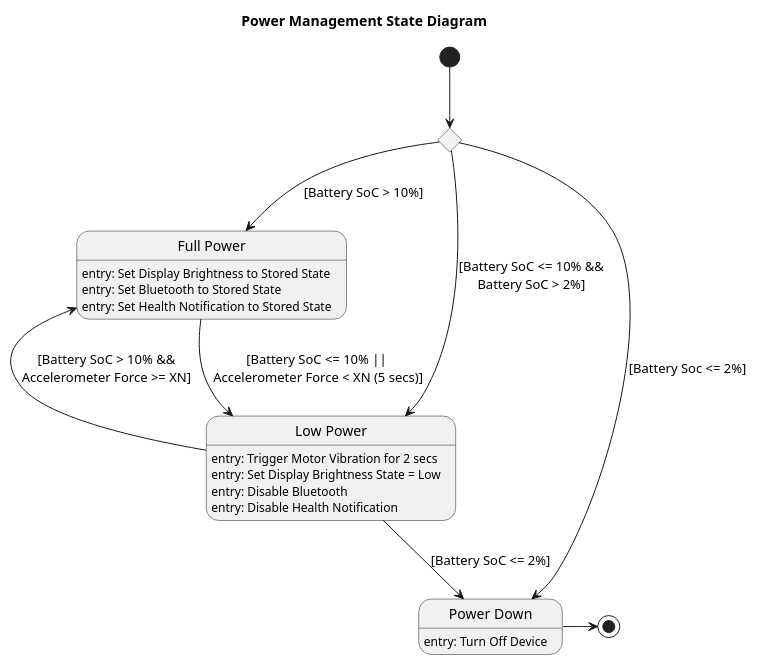
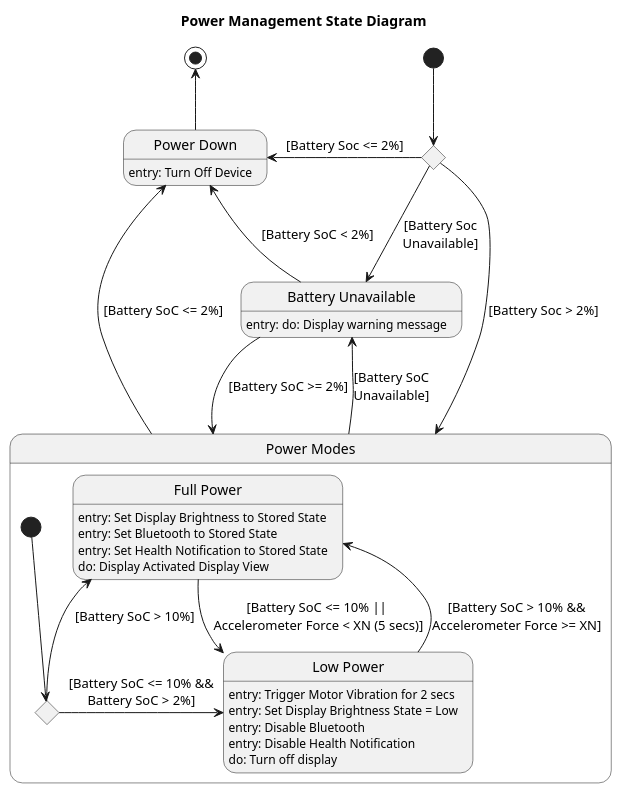
One commit to markroche92/sw-eng-smart-watch changed the diagram in uml/state_diagrams/power_management.plantuml. Above: the diagram before and after it, drawn with PlantUML. The commit also changed 1 other file, not shown here.

Commit message:
Update Power Management

```diff
--- a/uml/state_diagrams/power_management.plantuml
+++ b/uml/state_diagrams/power_management.plantuml
@@ -1,24 +1,41 @@
 @startuml
 
 skinparam shadowing false
 
 title Power Management State Diagram
 
-state "Full Power" as Fp : entry: Set Display Brightness to Stored State\nentry: Set Bluetooth to Stored State\nentry: Set Health Notification to Stored State
-state "Low Power" as Lp : entry: Trigger Motor Vibration for 2 secs\nentry: Set Display Brightness State = Low\nentry: Disable Bluetooth\nentry: Disable Health Notification 
+state "Power Modes" as Pm {
+    state "Full Power" as Fp : entry: Set Display Brightness to Stored State\nentry: Set Bluetooth to Stored State\nentry: Set Health Notification to Stored State\ndo: Display Activated Display View
+    state "Low Power" as Lp : entry: Trigger Motor Vibration for 2 secs\nentry: Set Display Brightness State = Low\nentry: Disable Bluetooth\nentry: Disable Health Notification\ndo: Turn off display
+
+    Fp -down-> Lp : [Battery SoC <= 10% ||\n Accelerometer Force < XN (5 secs)]
+    Lp -up-> Fp : [Battery SoC > 10% &&\nAccelerometer Force >= XN]
+    
+    state Choice2 <<choice>>
+    [*] --> Choice2
+    Choice2 -left-> Fp : [Battery SoC > 10%]
+    Choice2 -right-> Lp : [Battery SoC <= 10% &&\nBattery SoC > 2%]
+
+}
+
 state "Power Down" as Pd : entry: Turn Off Device
 
+state "Battery Unavailable" as Bu : entry: do: Display warning message
+
 state Choice <<choice>>
+[*] --> Choice
+Choice -down-> Bu : [Battery Soc\nUnavailable]
+Choice -left-> Pd : [Battery Soc <= 2%]
+Choice -down-> Pm : [Battery Soc > 2%]
 
-[*] --> Choice
-Choice --> Lp : [Battery SoC <= 10% &&\nBattery SoC > 2%]
-Choice --> Fp : [Battery SoC > 10%]
-Choice --> Pd : [Battery Soc <= 2%]
+Bu -down-> Pm : [Battery SoC >= 2%]
+Pm -up-> Bu : [Battery SoC\nUnavailable]
 
-Fp -down-> Lp : [Battery SoC <= 10% ||\n Accelerometer Force < XN (5 secs)]
-Lp -up-> Fp : [Battery SoC > 10% &&\nAccelerometer Force >= XN]
-Lp -down-> Pd : [Battery SoC <= 2%]
-Pd -> [*]
+Bu -down-> Pd : [Battery SoC < 2%]
+
+
+Pm -down-> Pd : [Battery SoC <= 2%]
+Pd -up-> [*]
 
 
 @enduml
```
